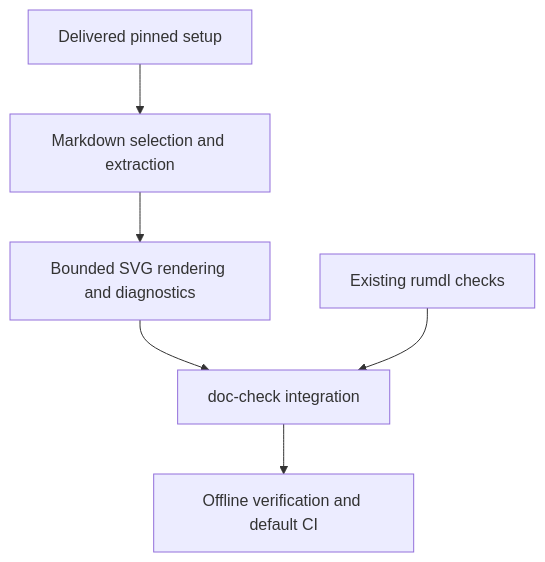
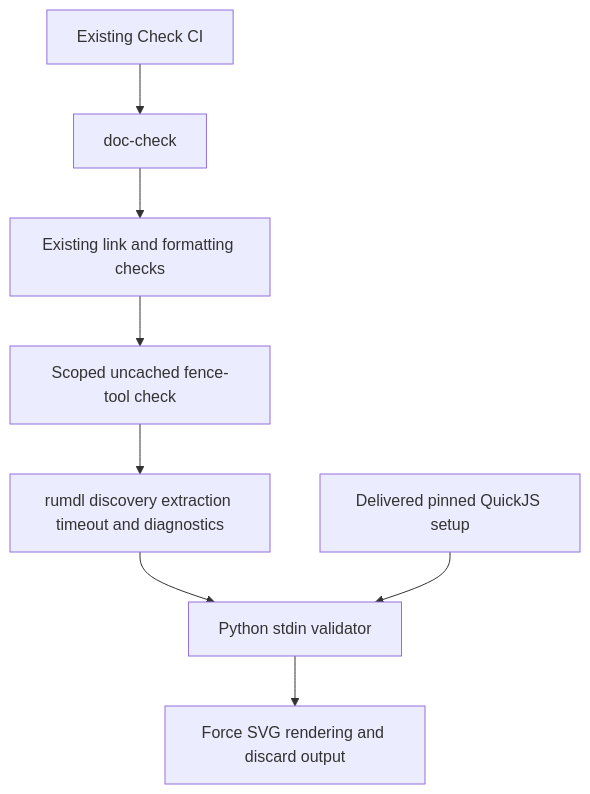
The diagram in doc/feat/mermaid-adoption/README.md (msitarz/ataraxia), drawn with Mermaid before and after one commit. The commit also changed other lines of this file and 6 other files, not shown here.

Commit message:
docs(mermaid): adopt native rumdl fence-tool plan

````diff
--- a/doc/feat/mermaid-adoption/README.md
+++ b/doc/feat/mermaid-adoption/README.md
@@ -26,8 +28,10 @@
 ```mermaid
 flowchart TD
-    Setup[Delivered pinned setup] --> Extract[Markdown selection and extraction]
-    Extract --> Render[Bounded SVG rendering and diagnostics]
-    Render --> Check[doc-check integration]
-    Rumdl[Existing rumdl checks] --> Check
-    Check --> CI[Offline verification and default CI]
+    Check[doc-check] --> Docs[Existing link and formatting checks]
+    Docs --> Scoped[Scoped uncached fence-tool check]
+    Scoped --> Rumdl[rumdl discovery extraction timeout and diagnostics]
+    Rumdl --> Validator[Python stdin validator]
+    Setup[Delivered pinned QuickJS setup] --> Validator
+    Validator --> SVG[Force SVG rendering and discard output]
+    CI[Existing Check CI] --> Check
 ```
````
